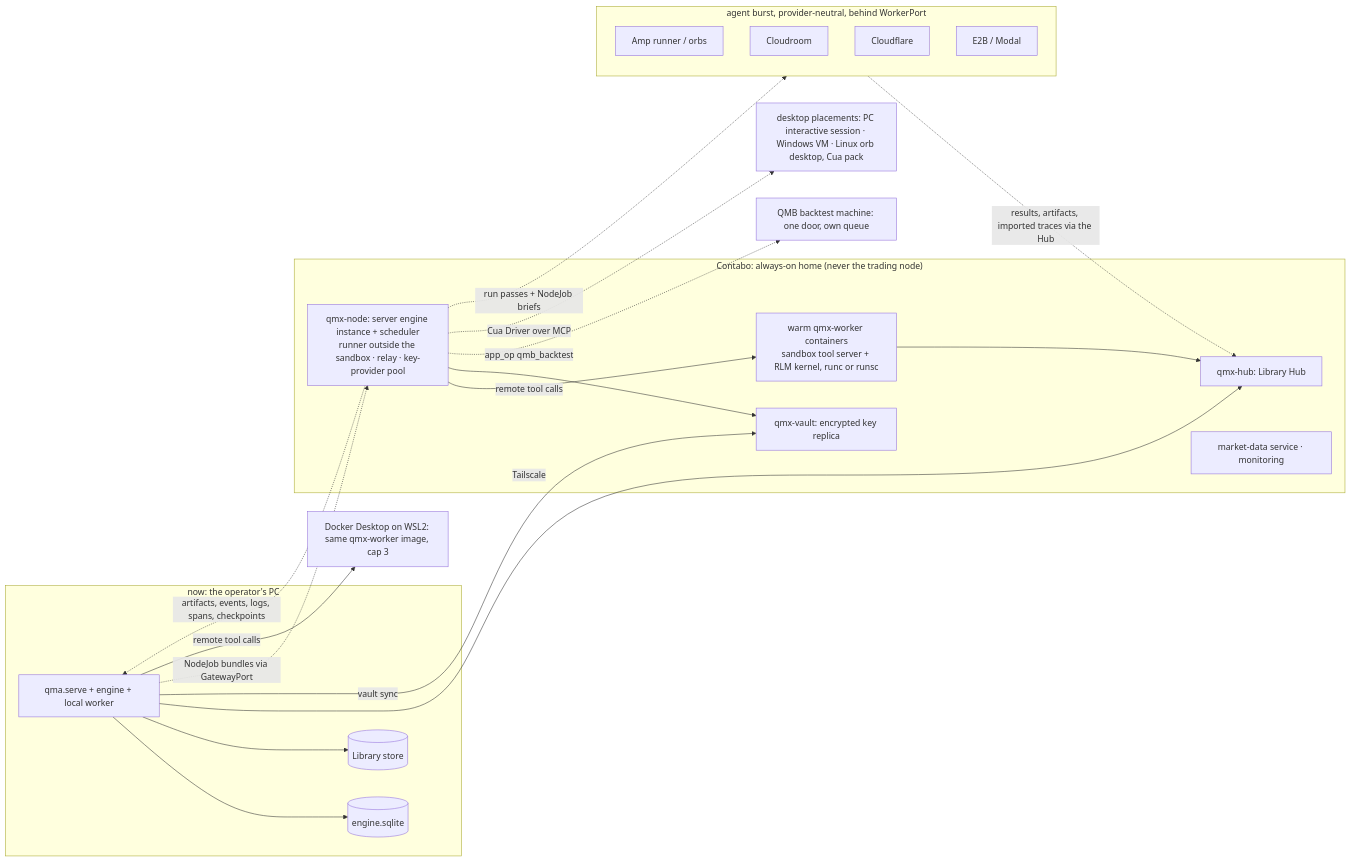
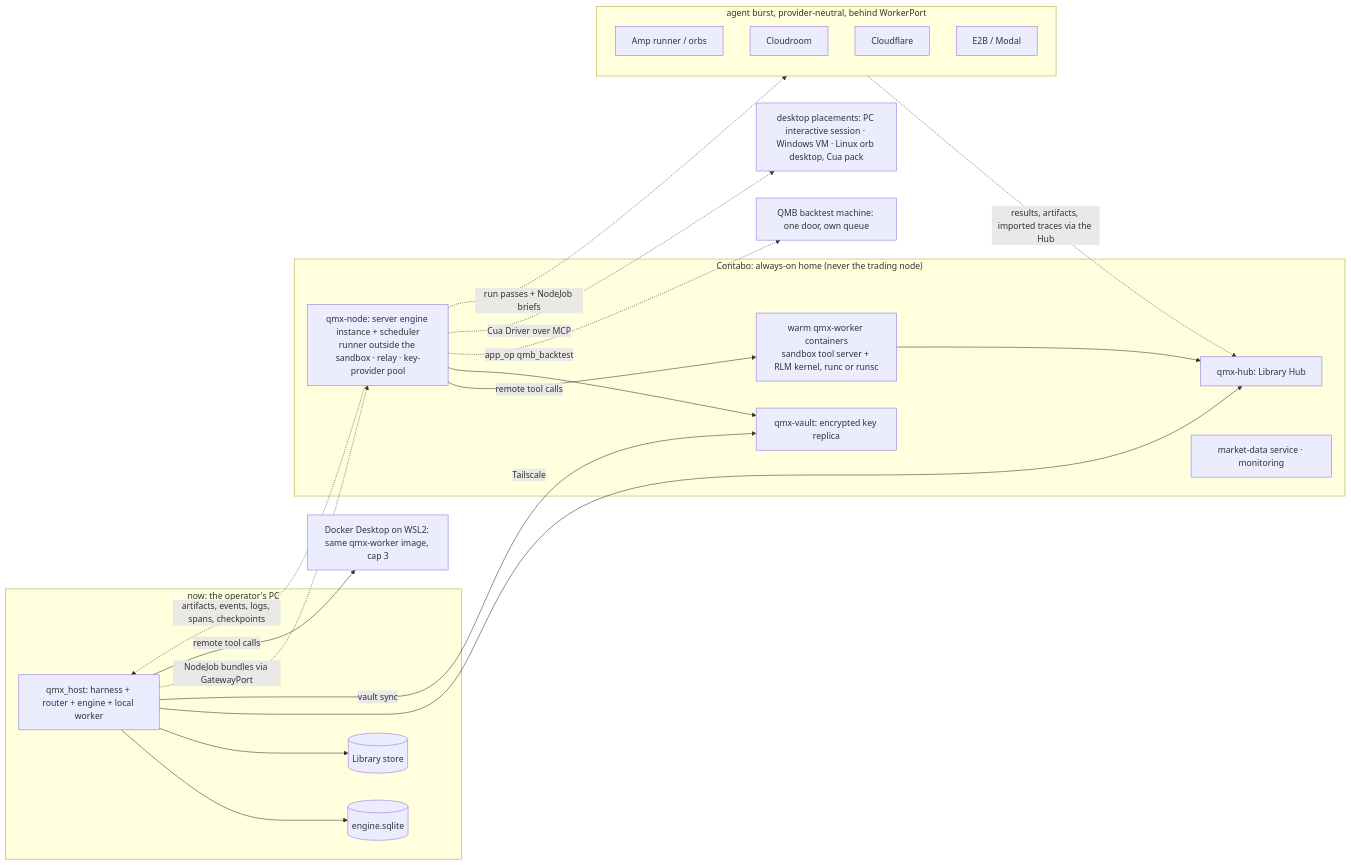
The third of 4 diagrams in tracker/qma-v2/architecture/workflow-engine/ARCHITECTURE-SPINE.md (mubarakhimself-byte/QMX), drawn with Mermaid before and after one commit. The commit also changed other lines of this file and 15 other files, not shown here.

````diff
--- a/tracker/qma-v2/architecture/workflow-engine/ARCHITECTURE-SPINE.md
+++ b/tracker/qma-v2/architecture/workflow-engine/ARCHITECTURE-SPINE.md
@@ -445,37 +517,37 @@
 ```mermaid
 flowchart LR
   subgraph NOW["now: the operator's PC"]
-    A[qma.serve + engine + local worker]
+    A[qmx_host: harness + router + engine + local worker]
     B[(engine.sqlite)]
     C[(Library store)]
   end
   subgraph CONTABO["Contabo: always-on home (never the trading node)"]
     H[qmx-hub: Library Hub]
     V[qmx-vault: encrypted key replica]
     MD[market-data service · monitoring]
     N[qmx-node: server engine instance + scheduler<br/>runner outside the sandbox · relay · key-provider pool]
     K[warm qmx-worker containers<br/>sandbox tool server + RLM kernel, runc or runsc]
     N -- remote tool calls --> K
     K --> H
     N --> V
   end
   subgraph BURST["agent burst, provider-neutral, behind WorkerPort"]
     AMP[Amp runner / orbs]
     CR[Cloudroom]
     CF[Cloudflare]
     EM[E2B / Modal]
   end
   QMB[QMB backtest machine: one door, own queue]
   DESK[desktop placements: PC interactive session · Windows VM · Linux orb desktop, Cua pack]
   A --> B
   A --> C
   A -- Tailscale --> H
   A -- vault sync --> V
   A -. NodeJob bundles via GatewayPort .-> N
   N -. run passes + NodeJob briefs .-> BURST
   BURST -. results, artifacts, imported traces via the Hub .-> H
   N -. artifacts, events, logs, spans, checkpoints .-> A
   A -- remote tool calls --> DD[Docker Desktop on WSL2: same qmx-worker image, cap 3]
   N -. app_op qmb_backtest .-> QMB
   N -. Cua Driver over MCP .-> DESK
 ```
````
